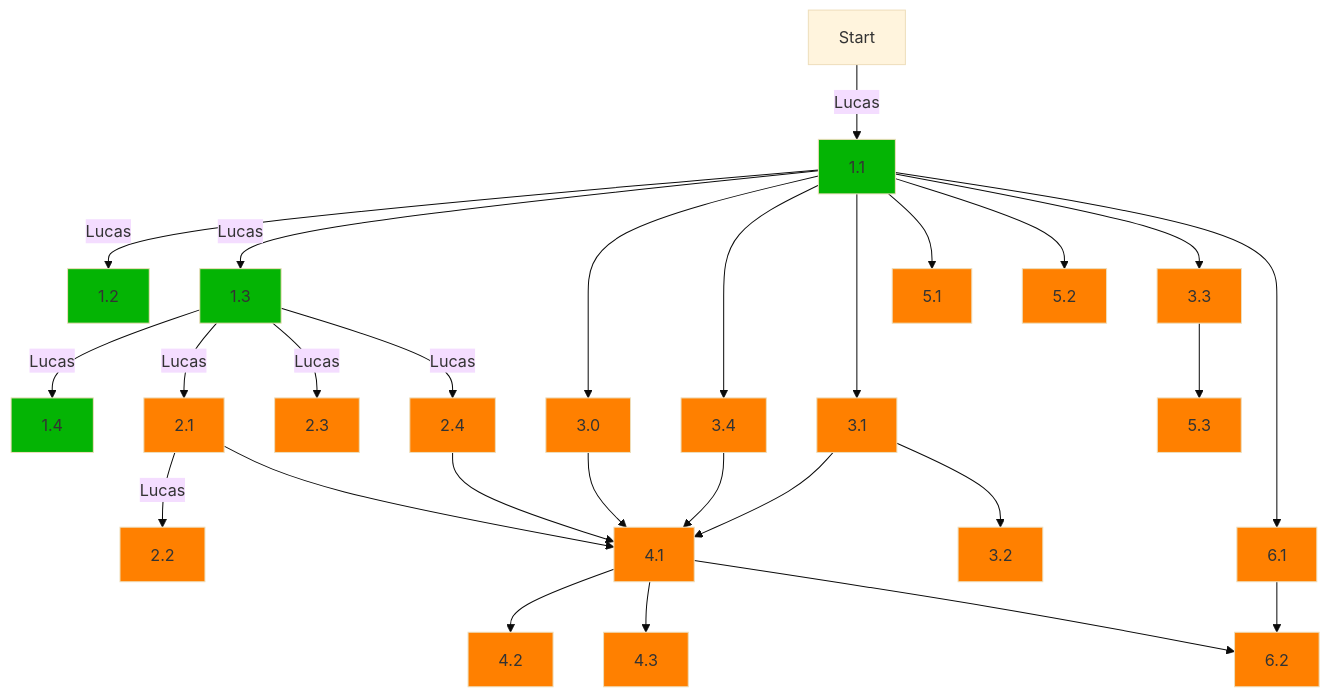
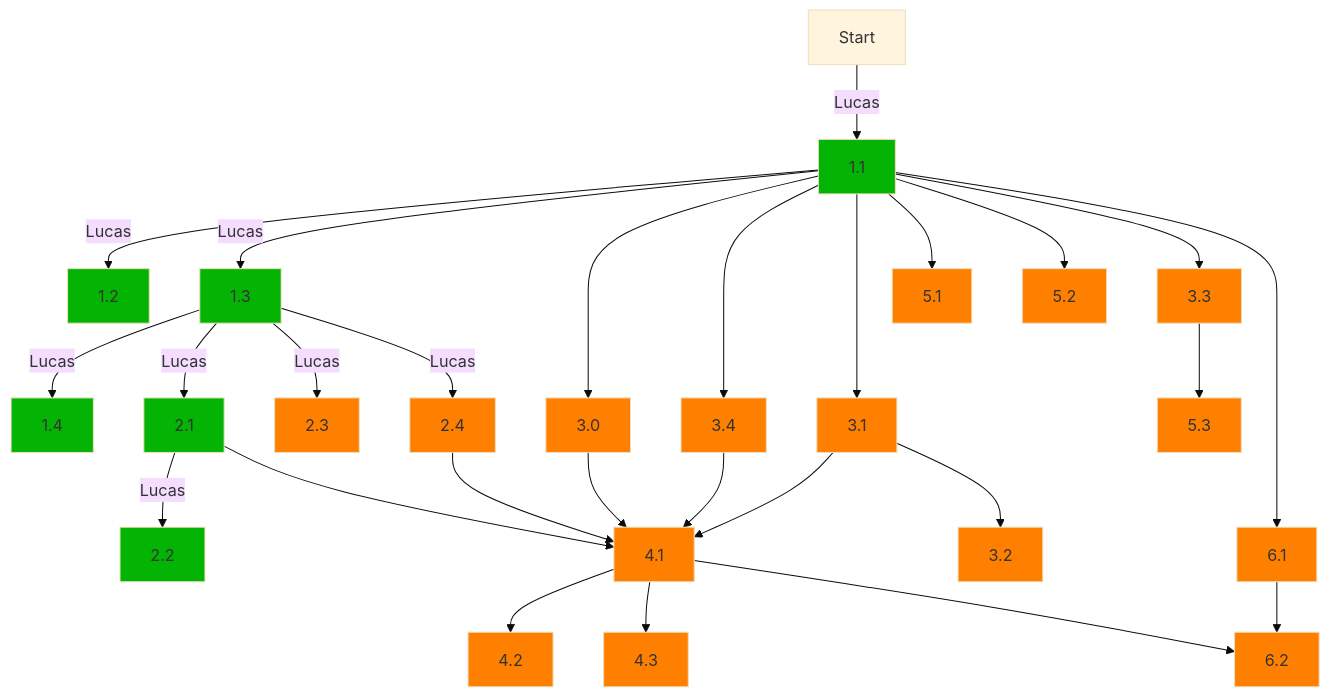
Before and after one commit to Luc-mic/Projet_SDAA: the diagram in DEPENDENCY.md, drawn with Mermaid.

Commit message:
Ajouté DEPENDENCY.md

````diff
--- a/DEPENDENCY.md
+++ b/DEPENDENCY.md
@@ -1,57 +1,57 @@
 ```mermaid
 
 %%{init: {'theme':'base'}}%%
 graph TD;
 
 classDef done fill:#04B404;
 classDef not_done fill:#FF8000;
 
     1.1:::done
     1.2:::done
     1.3:::done
     1.4:::done
-    2.1:::not_done
-    2.2:::not_done
+    2.1:::done
+    2.2:::done
     2.3:::not_done
     2.4:::not_done
     3.0:::not_done
     3.1:::not_done
     3.2:::not_done
     3.3:::not_done
     3.4:::not_done
     4.1:::not_done
     4.2:::not_done
     4.3:::not_done
     5.1:::not_done
     5.2:::not_done
     5.3:::not_done
     6.1:::not_done
     6.2:::not_done
 
     Start-->|Lucas|1.1;
     1.1-->|Lucas|1.2;
     1.1-->|Lucas|1.3;
     1.3-->|Lucas|1.4;
     1.3-->|Lucas|2.1;
     2.1-->|Lucas|2.2;
     2.1-->4.1;
     1.3-->|Lucas|2.3;
     1.3-->|Lucas|2.4;
     2.4-->4.1;
     4.1-->4.2;
     4.1-->4.3;
     4.1-->6.2;
     1.1-->3.0;
     1.1-->3.4;
     3.4-->4.1;
     3.0-->4.1;
     1.1-->3.1;
     3.1-->4.1;
     3.1-->3.2;
     1.1-->5.1;
     1.1-->5.2;
     1.1-->3.3;
     3.3-->5.3;
     1.1-->6.1;
     6.1-->6.2;
 ```
````
